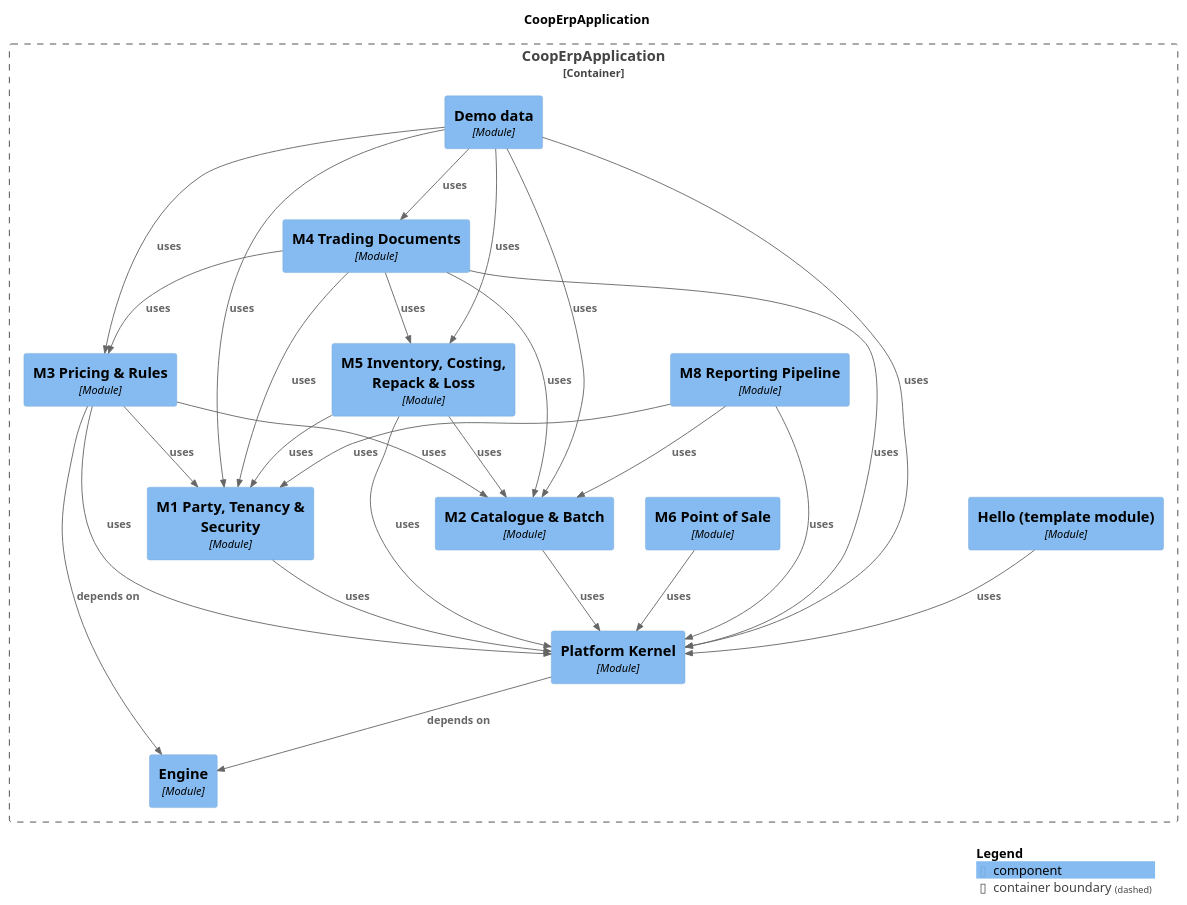
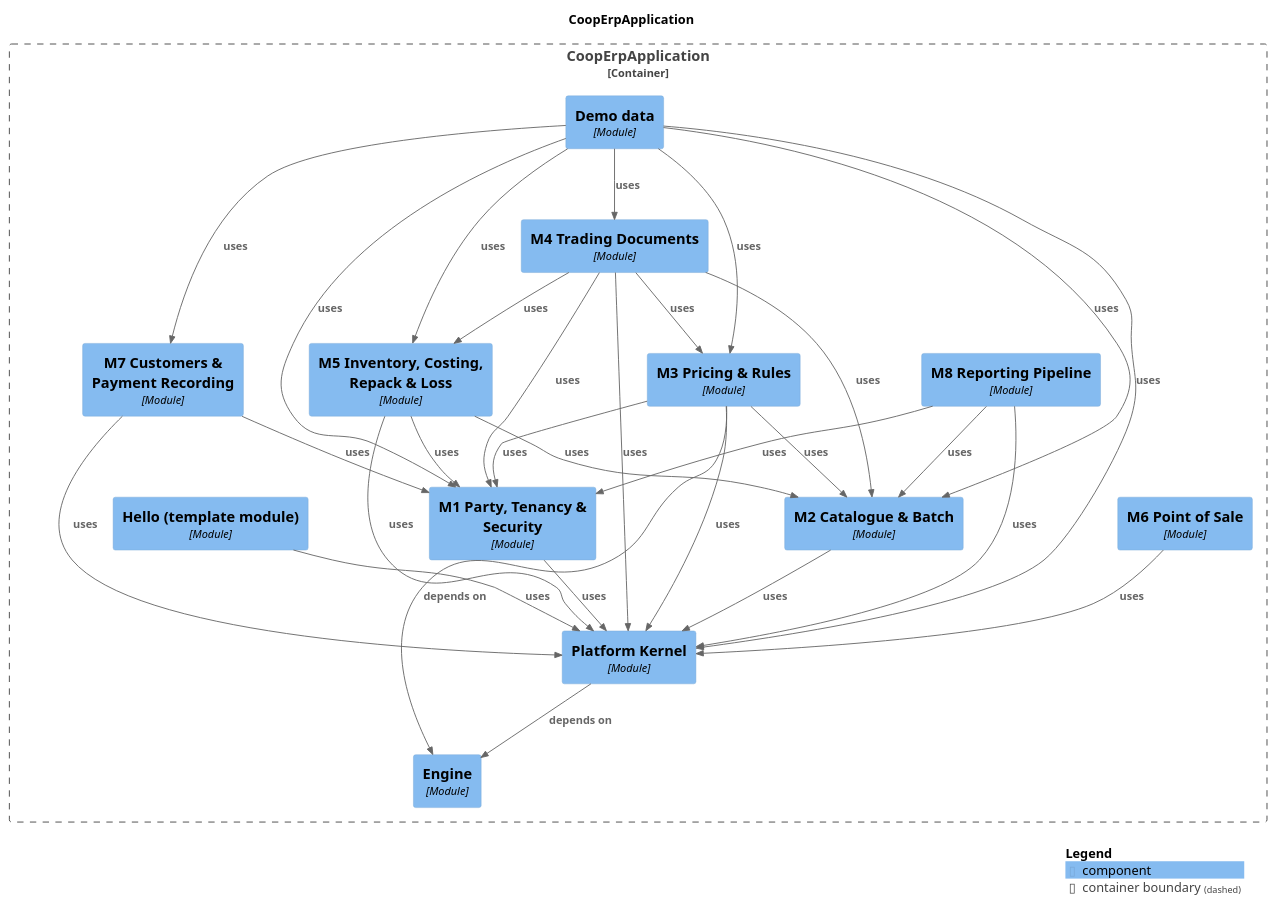
The diagram in docs/modules/components.puml (Knoweb/COOP_ERP), drawn with PlantUML before and after one commit. The commit also changed 92 other files, not shown here.

```diff
--- a/docs/modules/components.puml
+++ b/docs/modules/components.puml
@@ -1,53 +1,57 @@
 @startuml
 set separator none
 title CoopErpApplication
 
 top to bottom direction
 
 !include <C4/C4>
 !include <C4/C4_Context>
 !include <C4/C4_Component>
 
 Container_Boundary("CoopErpApplication.CoopErpApplication_boundary", "CoopErpApplication", $tags="") {
   Component(CoopErpApplication.CoopErpApplication.M3PricingRules, "M3 Pricing & Rules", $techn="Module", $descr="", $tags="", $link="")
   Component(CoopErpApplication.CoopErpApplication.M5InventoryCostingRepackLoss, "M5 Inventory, Costing, Repack & Loss", $techn="Module", $descr="", $tags="", $link="")
+  Component(CoopErpApplication.CoopErpApplication.M7CustomersPaymentRecording, "M7 Customers & Payment Recording", $techn="Module", $descr="", $tags="", $link="")
   Component(CoopErpApplication.CoopErpApplication.M8ReportingPipeline, "M8 Reporting Pipeline", $techn="Module", $descr="", $tags="", $link="")
   Component(CoopErpApplication.CoopErpApplication.M4TradingDocuments, "M4 Trading Documents", $techn="Module", $descr="", $tags="", $link="")
   Component(CoopErpApplication.CoopErpApplication.Demodata, "Demo data", $techn="Module", $descr="", $tags="", $link="")
   Component(CoopErpApplication.CoopErpApplication.Engine, "Engine", $techn="Module", $descr="", $tags="", $link="")
   Component(CoopErpApplication.CoopErpApplication.PlatformKernel, "Platform Kernel", $techn="Module", $descr="", $tags="", $link="")
   Component(CoopErpApplication.CoopErpApplication.Hellotemplatemodule, "Hello (template module)", $techn="Module", $descr="", $tags="", $link="")
   Component(CoopErpApplication.CoopErpApplication.M1PartyTenancySecurity, "M1 Party, Tenancy & Security", $techn="Module", $descr="", $tags="", $link="")
   Component(CoopErpApplication.CoopErpApplication.M2CatalogueBatch, "M2 Catalogue & Batch", $techn="Module", $descr="", $tags="", $link="")
   Component(CoopErpApplication.CoopErpApplication.M6PointofSale, "M6 Point of Sale", $techn="Module", $descr="", $tags="", $link="")
 }
 
 Rel(CoopErpApplication.CoopErpApplication.Demodata, CoopErpApplication.CoopErpApplication.M1PartyTenancySecurity, "uses", $techn="", $tags="", $link="")
 Rel(CoopErpApplication.CoopErpApplication.Demodata, CoopErpApplication.CoopErpApplication.M2CatalogueBatch, "uses", $techn="", $tags="", $link="")
 Rel(CoopErpApplication.CoopErpApplication.Demodata, CoopErpApplication.CoopErpApplication.M3PricingRules, "uses", $techn="", $tags="", $link="")
 Rel(CoopErpApplication.CoopErpApplication.Demodata, CoopErpApplication.CoopErpApplication.M4TradingDocuments, "uses", $techn="", $tags="", $link="")
 Rel(CoopErpApplication.CoopErpApplication.Demodata, CoopErpApplication.CoopErpApplication.M5InventoryCostingRepackLoss, "uses", $techn="", $tags="", $link="")
+Rel(CoopErpApplication.CoopErpApplication.Demodata, CoopErpApplication.CoopErpApplication.M7CustomersPaymentRecording, "uses", $techn="", $tags="", $link="")
 Rel(CoopErpApplication.CoopErpApplication.Demodata, CoopErpApplication.CoopErpApplication.PlatformKernel, "uses", $techn="", $tags="", $link="")
 Rel(CoopErpApplication.CoopErpApplication.Hellotemplatemodule, CoopErpApplication.CoopErpApplication.PlatformKernel, "uses", $techn="", $tags="", $link="")
 Rel(CoopErpApplication.CoopErpApplication.M1PartyTenancySecurity, CoopErpApplication.CoopErpApplication.PlatformKernel, "uses", $techn="", $tags="", $link="")
 Rel(CoopErpApplication.CoopErpApplication.M2CatalogueBatch, CoopErpApplication.CoopErpApplication.PlatformKernel, "uses", $techn="", $tags="", $link="")
 Rel(CoopErpApplication.CoopErpApplication.M3PricingRules, CoopErpApplication.CoopErpApplication.Engine, "depends on", $techn="", $tags="", $link="")
 Rel(CoopErpApplication.CoopErpApplication.M3PricingRules, CoopErpApplication.CoopErpApplication.M1PartyTenancySecurity, "uses", $techn="", $tags="", $link="")
 Rel(CoopErpApplication.CoopErpApplication.M3PricingRules, CoopErpApplication.CoopErpApplication.M2CatalogueBatch, "uses", $techn="", $tags="", $link="")
 Rel(CoopErpApplication.CoopErpApplication.M3PricingRules, CoopErpApplication.CoopErpApplication.PlatformKernel, "uses", $techn="", $tags="", $link="")
 Rel(CoopErpApplication.CoopErpApplication.M4TradingDocuments, CoopErpApplication.CoopErpApplication.M1PartyTenancySecurity, "uses", $techn="", $tags="", $link="")
 Rel(CoopErpApplication.CoopErpApplication.M4TradingDocuments, CoopErpApplication.CoopErpApplication.M2CatalogueBatch, "uses", $techn="", $tags="", $link="")
 Rel(CoopErpApplication.CoopErpApplication.M4TradingDocuments, CoopErpApplication.CoopErpApplication.M3PricingRules, "uses", $techn="", $tags="", $link="")
 Rel(CoopErpApplication.CoopErpApplication.M4TradingDocuments, CoopErpApplication.CoopErpApplication.M5InventoryCostingRepackLoss, "uses", $techn="", $tags="", $link="")
 Rel(CoopErpApplication.CoopErpApplication.M4TradingDocuments, CoopErpApplication.CoopErpApplication.PlatformKernel, "uses", $techn="", $tags="", $link="")
 Rel(CoopErpApplication.CoopErpApplication.M5InventoryCostingRepackLoss, CoopErpApplication.CoopErpApplication.M1PartyTenancySecurity, "uses", $techn="", $tags="", $link="")
 Rel(CoopErpApplication.CoopErpApplication.M5InventoryCostingRepackLoss, CoopErpApplication.CoopErpApplication.M2CatalogueBatch, "uses", $techn="", $tags="", $link="")
 Rel(CoopErpApplication.CoopErpApplication.M5InventoryCostingRepackLoss, CoopErpApplication.CoopErpApplication.PlatformKernel, "uses", $techn="", $tags="", $link="")
 Rel(CoopErpApplication.CoopErpApplication.M6PointofSale, CoopErpApplication.CoopErpApplication.PlatformKernel, "uses", $techn="", $tags="", $link="")
+Rel(CoopErpApplication.CoopErpApplication.M7CustomersPaymentRecording, CoopErpApplication.CoopErpApplication.M1PartyTenancySecurity, "uses", $techn="", $tags="", $link="")
+Rel(CoopErpApplication.CoopErpApplication.M7CustomersPaymentRecording, CoopErpApplication.CoopErpApplication.PlatformKernel, "uses", $techn="", $tags="", $link="")
 Rel(CoopErpApplication.CoopErpApplication.M8ReportingPipeline, CoopErpApplication.CoopErpApplication.M1PartyTenancySecurity, "uses", $techn="", $tags="", $link="")
 Rel(CoopErpApplication.CoopErpApplication.M8ReportingPipeline, CoopErpApplication.CoopErpApplication.M2CatalogueBatch, "uses", $techn="", $tags="", $link="")
 Rel(CoopErpApplication.CoopErpApplication.M8ReportingPipeline, CoopErpApplication.CoopErpApplication.PlatformKernel, "uses", $techn="", $tags="", $link="")
 Rel(CoopErpApplication.CoopErpApplication.PlatformKernel, CoopErpApplication.CoopErpApplication.Engine, "depends on", $techn="", $tags="", $link="")
 
 SHOW_LEGEND(true)
 @enduml
```
